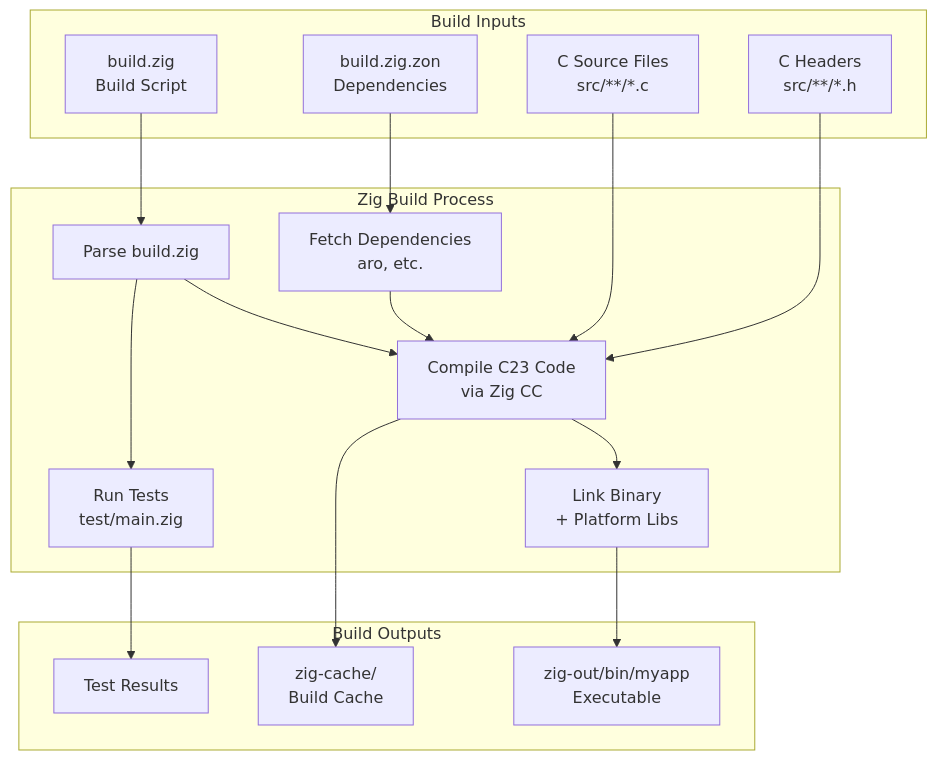
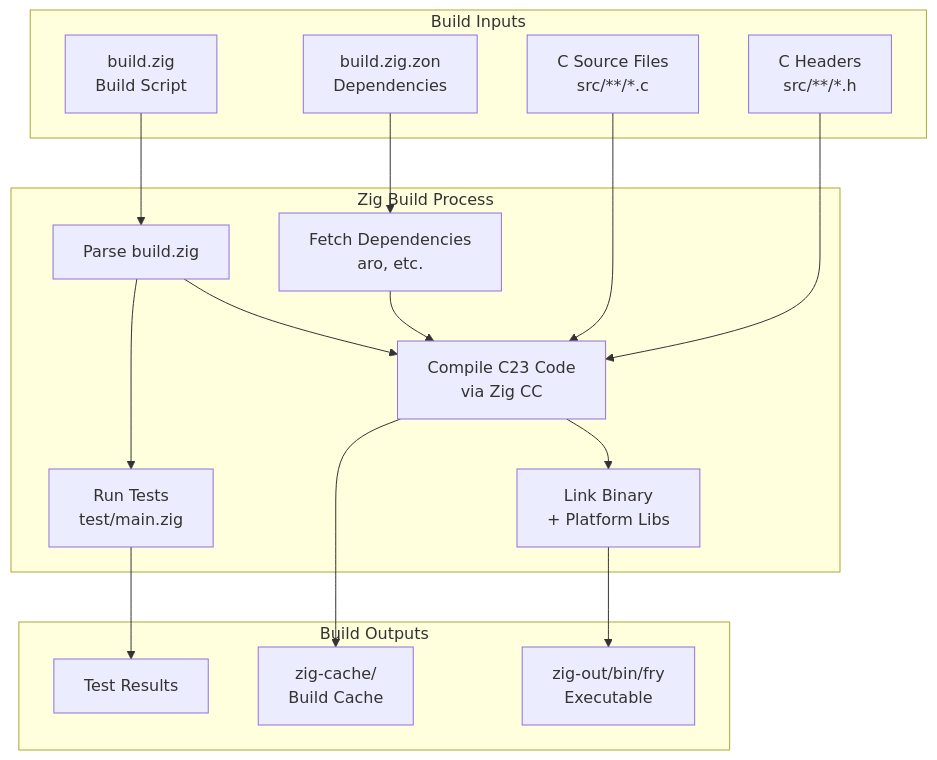
Before and after one commit to sammyjoyce/fry: the third of 7 diagrams in docs/ARCHITECTURE.md, drawn with Mermaid. The commit also changed other lines of this file and 29 other files, not shown here.

````diff
--- a/docs/ARCHITECTURE.md
+++ b/docs/ARCHITECTURE.md
@@ -109,35 +109,35 @@
 ```mermaid
 graph TD
     subgraph "Build Inputs"
         BUILDZIG[build.zig<br/>Build Script]
         BUILDZON[build.zig.zon<br/>Dependencies]
         CSRC[C Source Files<br/>src/**/*.c]
         CHDR[C Headers<br/>src/**/*.h]
     end
     
     subgraph "Zig Build Process"
         PARSE[Parse build.zig]
         DEPS[Fetch Dependencies<br/>aro, etc.]
         COMPILE[Compile C23 Code<br/>via Zig CC]
         LINK[Link Binary<br/>+ Platform Libs]
         TEST[Run Tests<br/>test/main.zig]
     end
     
     subgraph "Build Outputs"
-        BIN[zig-out/bin/myapp<br/>Executable]
+        BIN[zig-out/bin/fry<br/>Executable]
         TESTOUT[Test Results]
         CACHE[zig-cache/<br/>Build Cache]
     end
     
     BUILDZIG --> PARSE
     BUILDZON --> DEPS
     CSRC --> COMPILE
     CHDR --> COMPILE
     PARSE --> COMPILE
     DEPS --> COMPILE
     COMPILE --> LINK
     LINK --> BIN
     PARSE --> TEST
     TEST --> TESTOUT
     COMPILE --> CACHE
 ```
````
